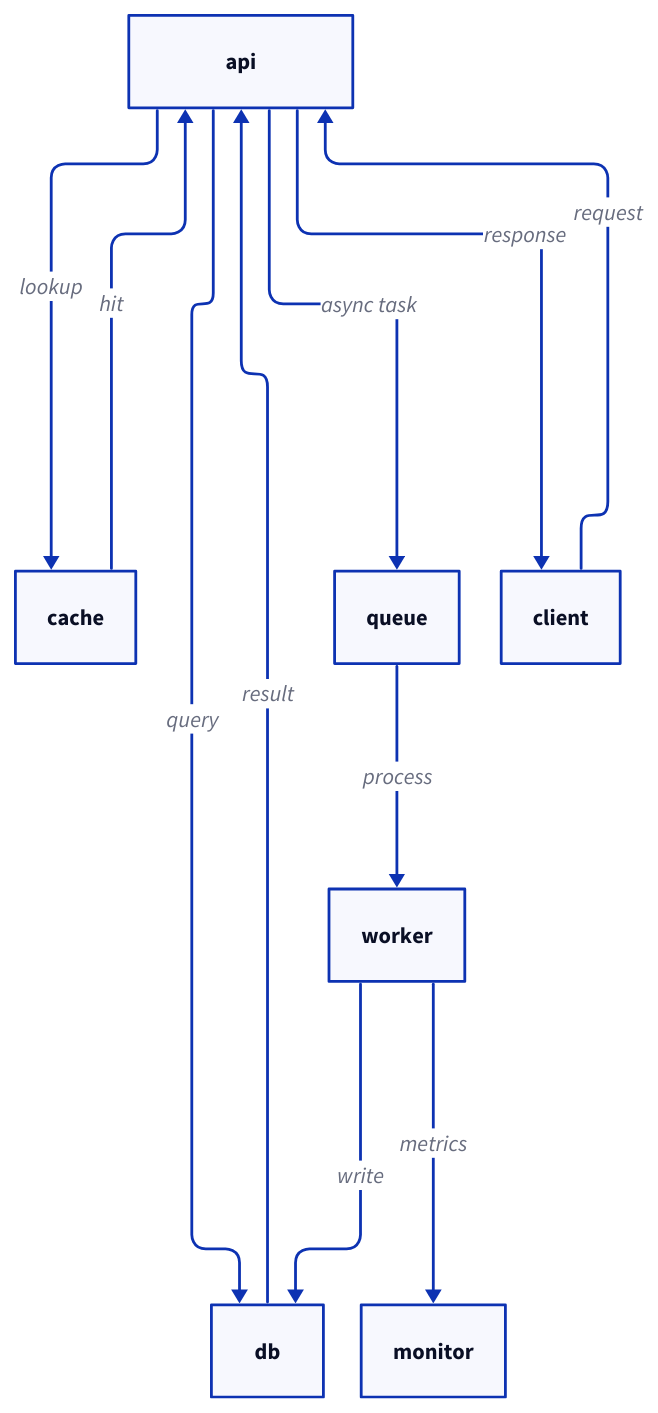
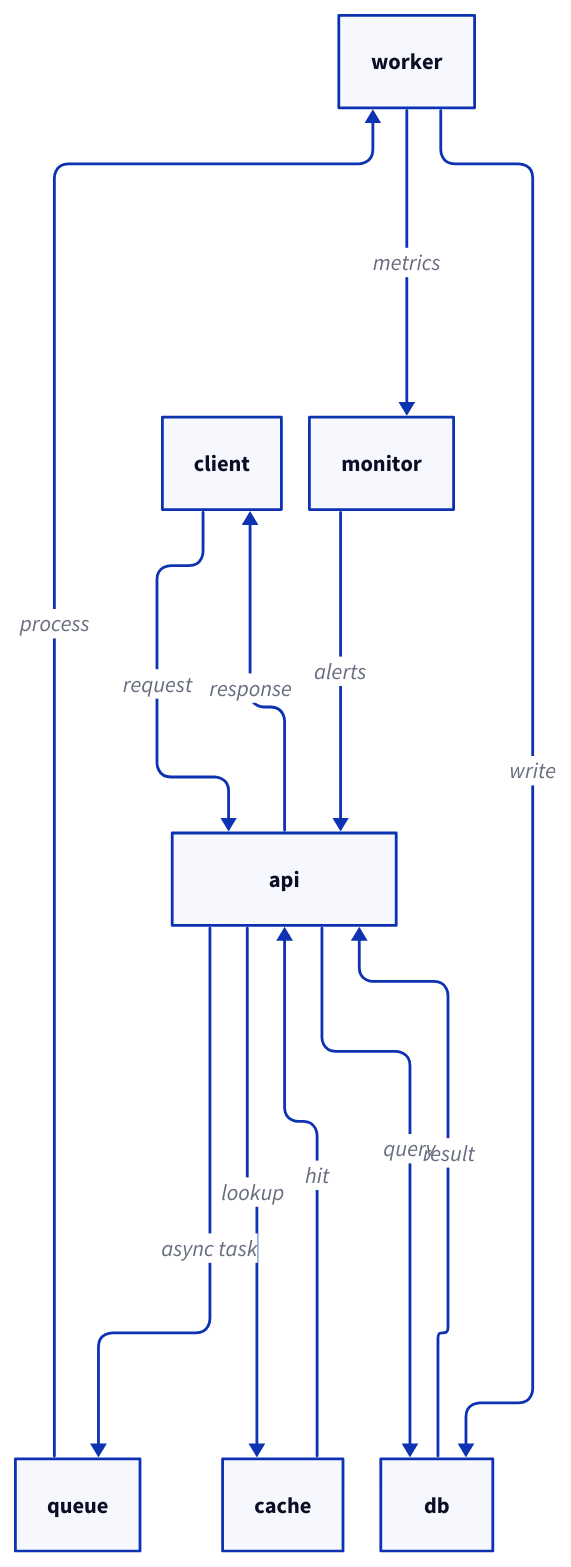
The diagram in docs/providers/d2/network.d2 (Buffden/diagram-sync), drawn with D2 before and after one commit. The commit also changed 1 other file, not shown here.

```diff
--- a/docs/providers/d2/network.d2
+++ b/docs/providers/d2/network.d2
@@ -1,17 +1,18 @@
-# v3
+# v4
 vars: {
   d2-config: {
     layout-engine: elk
   }
 }
 
 client -> api: request
 api -> cache: lookup
 api -> db: query
 db -> api: result
 cache -> api: hit
 api -> queue: async task
 queue -> worker: process
 worker -> db: write
 worker -> monitor: metrics
+monitor -> api: alerts
 api -> client: response
```
